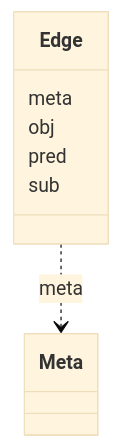
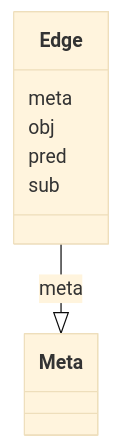
One commit to INCATools/ontology-access-kit changed the diagram in obograph/Edge.md. Above: the diagram before and after it, drawn with Mermaid (base theme). The commit also changed other lines of this file and 3011 other files, not shown here.

````diff
--- a/obograph/Edge.md
+++ b/obograph/Edge.md
@@ -11,15 +14,15 @@
 ```{mermaid}
  classDiagram
     class Edge
       Edge : meta
         
-          Edge ..> Meta : meta
+          Edge --|> Meta : meta
         
       Edge : obj
         
       Edge : pred
         
       Edge : sub
         
       
 ```
````
